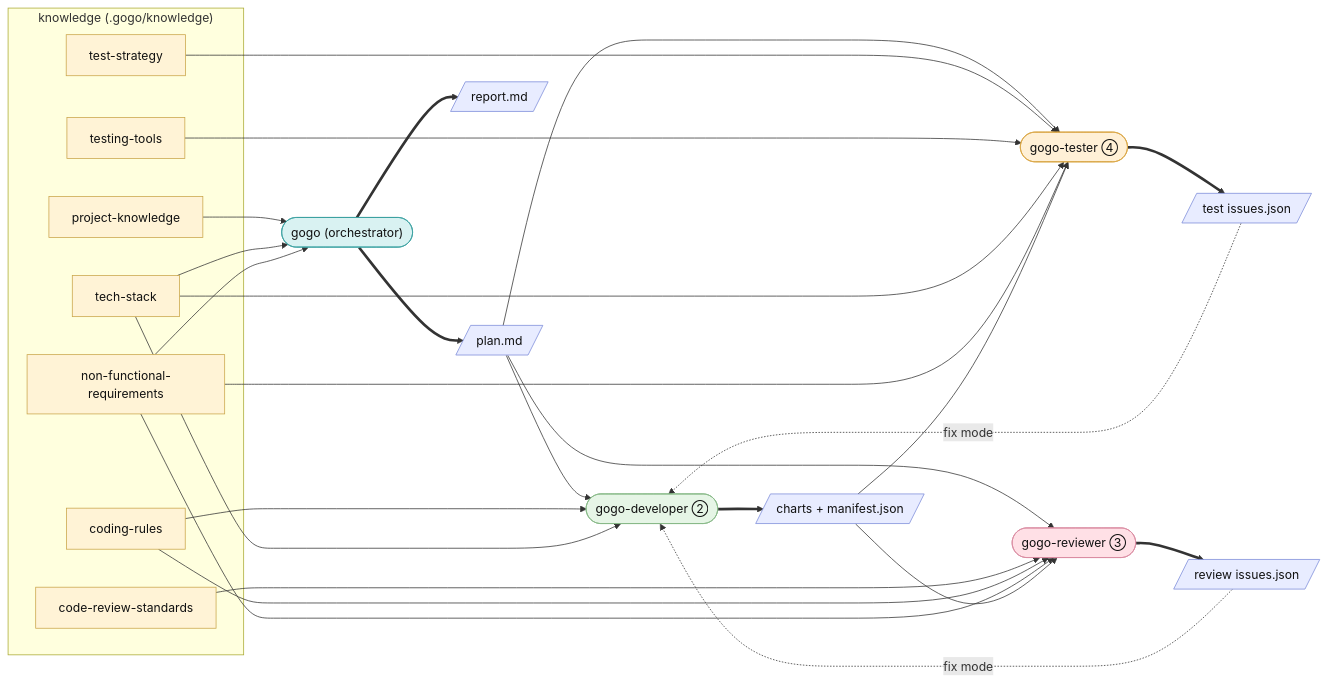
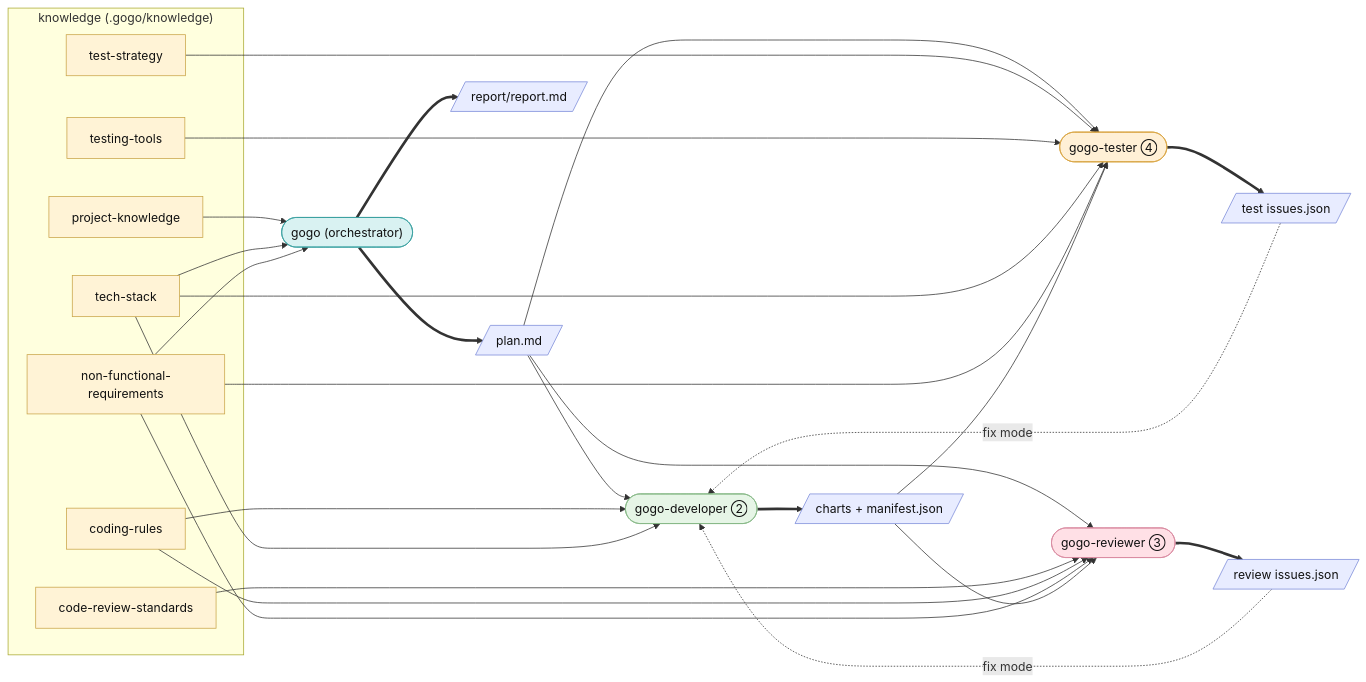
The diagram in docs/agents.md (ZawadzkiB/gogo), drawn with Mermaid before and after one commit. The commit also changed other lines of this file and 117 other files, not shown here.

````diff
--- a/docs/agents.md
+++ b/docs/agents.md
@@ -18,58 +18,58 @@
 ```mermaid
 flowchart LR
     subgraph KN["knowledge (.gogo/knowledge)"]
       PK[project-knowledge]:::kn
       TS[tech-stack]:::kn
       NFR[non-functional-requirements]:::kn
       CR[coding-rules]:::kn
       CRS[code-review-standards]:::kn
       TT[testing-tools]:::kn
       TST[test-strategy]:::kn
     end
 
     ORCH(["gogo (orchestrator)"]):::orch
     DEV(["gogo-developer ②"]):::dev
     REV(["gogo-reviewer ③"]):::rev
     TEST(["gogo-tester ④"]):::test
 
     PLAN[/plan.md/]:::art
     CHARTS[/charts + manifest.json/]:::art
     RISS[/review issues.json/]:::art
     TISS[/test issues.json/]:::art
-    REPORT[/report.md/]:::art
+    REPORT[/"report/report.md"/]:::art
 
     PK --> ORCH
     TS --> ORCH
     NFR --> ORCH
     ORCH ==> PLAN
     ORCH ==> REPORT
 
     PLAN --> DEV
     CR --> DEV
     TS --> DEV
     RISS -.->|fix mode| DEV
     TISS -.->|fix mode| DEV
     DEV ==> CHARTS
 
     PLAN --> REV
     CRS --> REV
     CR --> REV
     NFR --> REV
     CHARTS --> REV
     REV ==> RISS
 
     PLAN --> TEST
     TST --> TEST
     TT --> TEST
     TS --> TEST
     NFR --> TEST
     CHARTS --> TEST
     TEST ==> TISS
 
     classDef kn fill:#fff3d6,stroke:#caa54a,color:#111
     classDef orch fill:#d9f2f2,stroke:#3aa0a0,color:#111
     classDef dev fill:#e6f5e6,stroke:#86b886,color:#111
     classDef rev fill:#ffe0e6,stroke:#d98aa0,color:#111
     classDef test fill:#fff0d6,stroke:#d9a441,color:#111
     classDef art fill:#e8ecff,stroke:#7c8bd9,color:#111
 ```
````
